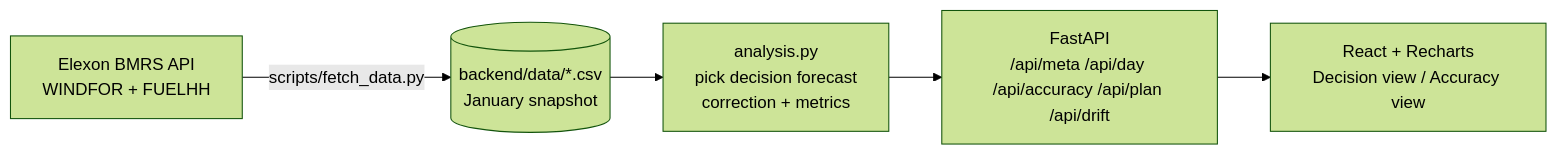
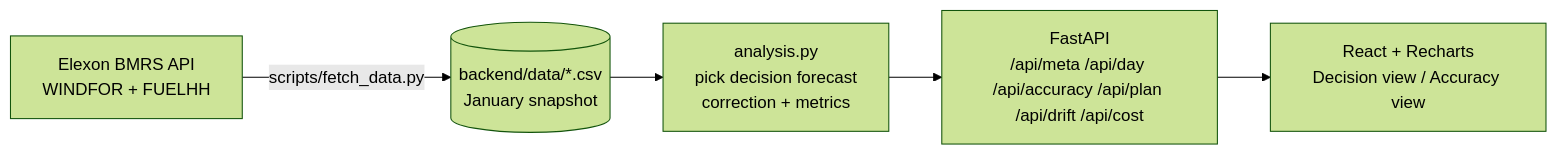
The diagram in README.md (AdityaMedidala/drluam), drawn with Mermaid (forest theme) before and after one commit. The commit also changed other lines of this file and 2 other files, not shown here.

Commit message:
docs: cost backtest over Nov 2025 - Sep 2026 (illustrative)

````diff
--- a/README.md
+++ b/README.md
@@ -32,7 +32,7 @@
 ```mermaid
 flowchart LR
   E[Elexon BMRS API<br/>WINDFOR + FUELHH] -->|scripts/fetch_data.py| D[(backend/data/*.csv<br/>January snapshot)]
   D --> A[analysis.py<br/>pick decision forecast<br/>correction + metrics]
-  A --> API[FastAPI<br/>/api/meta /api/day /api/accuracy /api/plan /api/drift]
+  A --> API[FastAPI<br/>/api/meta /api/day /api/accuracy /api/plan /api/drift /api/cost]
   API --> UI[React + Recharts<br/>Decision view / Accuracy view]
 ```
````
